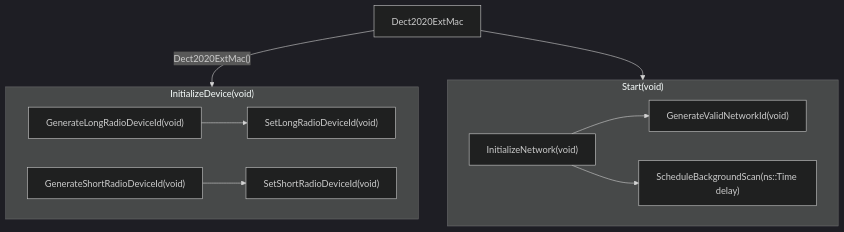
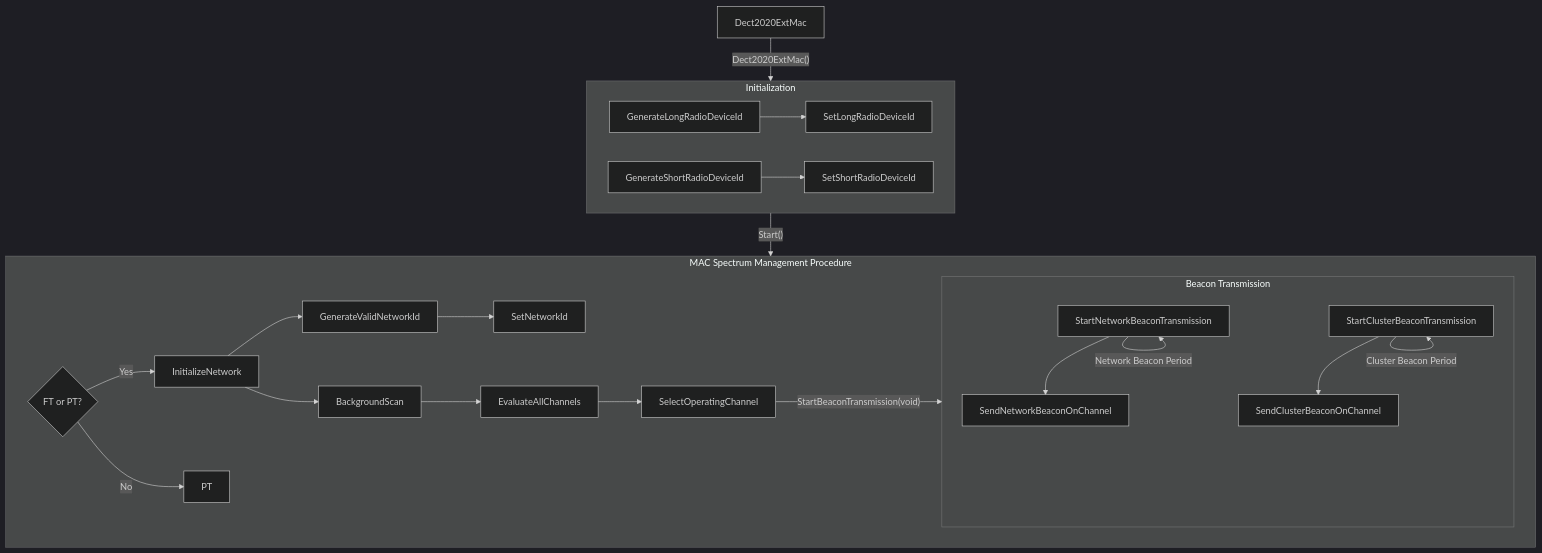
One commit to Opener-Initiative/dect-nr-ext changed the diagram in DECT-2020.mmd. Above: the diagram before and after it, drawn with Mermaid. The commit also changed 5 other files, not shown here.

Commit message:
Depicting DECT procedure on Mermaid diagram. Finished implementing network beacon transmissions. Testing is required.

```diff
--- a/DECT-2020.mmd
+++ b/DECT-2020.mmd
@@ -1,18 +1,31 @@
 ---
 config:
     theme: dark
 ---
 
 flowchart TD
-    Dect2020ExtMac --> |"Dect2020ExtMac()"| InitializeDevice
-    Dect2020ExtMac --> Start
+    Dect2020ExtMac -->|"Dect2020ExtMac()"| Initialization
+    Initialization -->|"Start()"| MACSpectrumManagementProcedure   
 
-    subgraph InitializeDevice["InitializeDevice(void)"]
-        GenerateLongRadioDeviceId["GenerateLongRadioDeviceId(void)"] --> SetLongRadioDeviceId["SetLongRadioDeviceId(void)"]
-        GenerateShortRadioDeviceId["GenerateShortRadioDeviceId(void)"] --> SetShortRadioDeviceId["SetShortRadioDeviceId(void)"]
+    subgraph Initialization
+        GenerateLongRadioDeviceId --> SetLongRadioDeviceId
+        GenerateShortRadioDeviceId --> SetShortRadioDeviceId
     end
 
-    subgraph Start["Start(void)"]
-        InitializeNetwork["InitializeNetwork(void)"] --> GenerateValidNetworkId["GenerateValidNetworkId(void)"]
-        InitializeNetwork --> ScheduleBackgroundScan["ScheduleBackgroundScan(ns::Time delay)"]
+    subgraph MACSpectrumManagementProcedure["MAC Spectrum Management Procedure"]
+        FTorPT{"FT or PT?"} -->|"Yes"| InitializeNetwork
+        FTorPT -->|"No"| PT
+        InitializeNetwork --> GenerateValidNetworkId
+        GenerateValidNetworkId --> SetNetworkId
+        InitializeNetwork --> BackgroundScan
+        BackgroundScan --> EvaluateAllChannels
+        EvaluateAllChannels --> SelectOperatingChannel
+        SelectOperatingChannel -->|"StartBeaconTransmission(void)"| BeaconTransmission
+
+        subgraph BeaconTransmission["Beacon Transmission"]
+            StartNetworkBeaconTransmission --> SendNetworkBeaconOnChannel
+            StartNetworkBeaconTransmission -->|"Network Beacon Period"| StartNetworkBeaconTransmission
+            StartClusterBeaconTransmission --> SendClusterBeaconOnChannel
+            StartClusterBeaconTransmission -->|"Cluster Beacon Period"| StartClusterBeaconTransmission
+        end
     end
```
